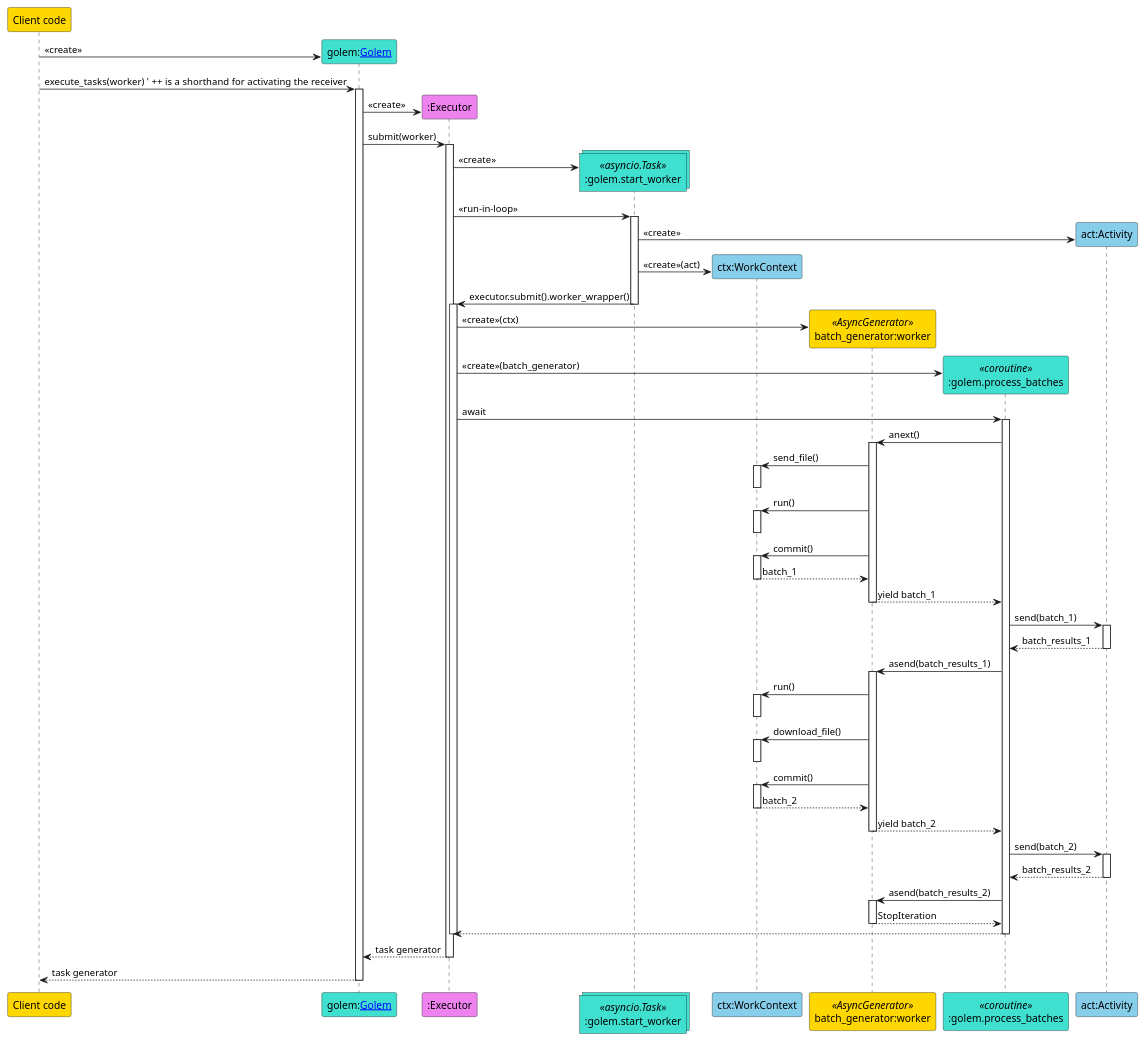
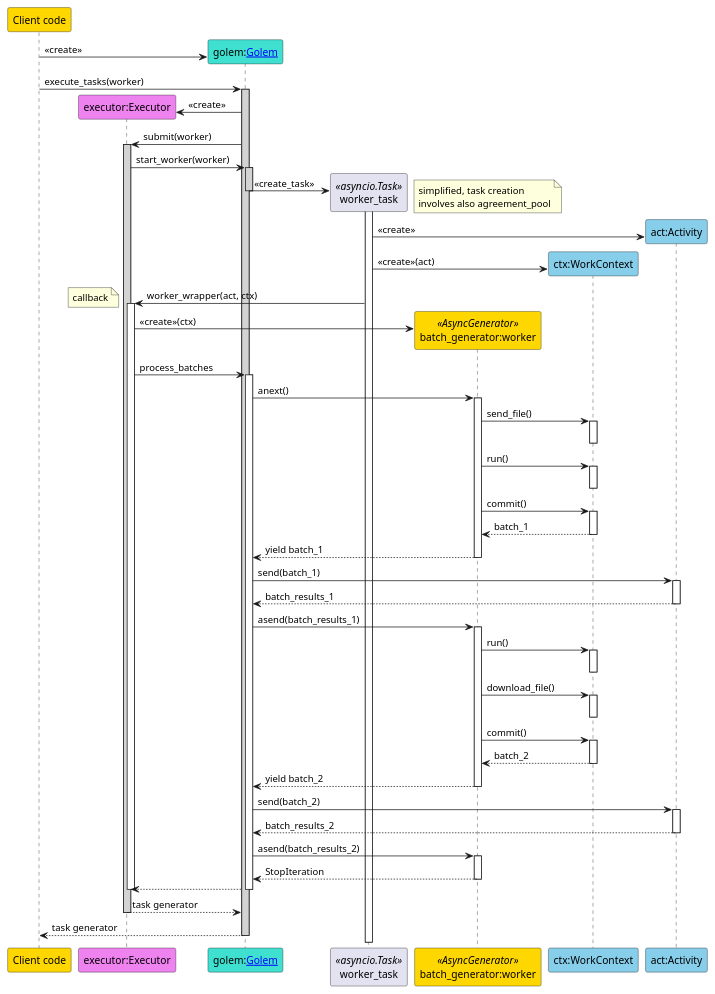
Before and after one commit to golemfactory/yapapi: the diagram in docs/diagrams/execute_tasks.puml, drawn with PlantUML.

Commit message:
[WIP] making sequence diagram for execute_tasks more accurate

```diff
--- a/docs/diagrams/execute_tasks.puml
+++ b/docs/diagrams/execute_tasks.puml
@@ -1,97 +1,99 @@
 @startuml
 participant "Client code" #Gold
+participant "executor:Executor" as executor #Violet
 participant "golem:[[../../yapapi/golem.py Golem]]" as engine #Turquoise
-participant ":Executor" as executor #Violet
-collections ":golem.start_worker" as start_worker <<asyncio.Task>> #Turquoise
+participant worker_task <<asyncio.Task>>
+participant "batch_generator:worker" as batch_generator <<AsyncGenerator>> #Gold
 participant "ctx:WorkContext" as ctx #SkyBlue
-participant "batch_generator:worker" as batch_generator <<AsyncGenerator>> #Gold
-participant ":golem.process_batches" as process_batches <<coroutine>> #Turquoise
 participant "act:Activity" as act #SkyBlue
+
+' collections "worker_wrapper" as start_worker <<asyncio.Task>> #Violet
+' participant ":golem.process_batches" as process_batches <<coroutine>> #Turquoise
 
 create engine
 "Client code" -> engine : <<create>>
-"Client code" -> engine ++ : execute_tasks(worker)  ' ++ is a shorthand for activating the receiver
+"Client code" -> engine ++ #LightGray : execute_tasks(worker)
+' ++ is a shorthand for activating the receiver
 
 create executor
 engine -> executor : <<create>>
-engine -> executor ++ : submit(worker)
+engine -> executor ++ #LightGray: submit(worker)
 
-create start_worker
-executor -> start_worker : <<create>>
-executor -> start_worker ++ : <<run-in-loop>>
+executor -> engine ++ #LightGray: start_worker(worker)
 
-' activate start_worker
+create worker_task
+engine -> worker_task --++ : <<create_task>>
+note right
+  simplified, task creation
+  involves also agreement_pool
+end note
+
 create act
-start_worker -> act : <<create>>
+worker_task -> act : <<create>>
 create ctx
-start_worker -> ctx : <<create>>(act)
+worker_task -> ctx : <<create>>(act)
 
-start_worker -> executor : executor.submit().worker_wrapper()
-deactivate start_worker
-
-activate executor
+'engine -> executor --++ : worker_wrapper(act, ctx)
+worker_task -> executor ++ : worker_wrapper(act, ctx)
+' deactivate engine
+note left: callback
 
 create batch_generator
 executor -> batch_generator : <<create>>(ctx)
 
-create process_batches
-executor -> process_batches : <<create>>(batch_generator)
-executor -> process_batches : await
-
-activate process_batches
+executor -> engine ++ : process_batches
 
 ' batch 1
-process_batches -> batch_generator : anext()
+engine -> batch_generator : anext()
 activate batch_generator
 batch_generator -> ctx : send_file()
 activate ctx
 deactivate ctx
 batch_generator -> ctx : run()
 activate ctx
 deactivate ctx
 batch_generator -> ctx : commit()
 activate ctx
 return batch_1
 return yield batch_1
 
-process_batches -> act : send(batch_1)
+engine -> act : send(batch_1)
 activate act
 return batch_results_1
 
 ' batch 2
-process_batches -> batch_generator : asend(batch_results_1)
+engine -> batch_generator : asend(batch_results_1)
 
 activate batch_generator
 batch_generator -> ctx : run()
 activate ctx
 deactivate ctx
 batch_generator -> ctx : download_file()
 activate ctx
 deactivate ctx
 batch_generator -> ctx: commit()
 activate ctx
 return batch_2
 return yield batch_2
 
-process_batches -> act : send(batch_2)
+engine -> act : send(batch_2)
 activate act
 return batch_results_2
 
 ' ... more batches processed ...
 
 ' last batch processed
-process_batches -> batch_generator : asend(batch_results_2)
+engine -> batch_generator : asend(batch_results_2)
 activate batch_generator
 return StopIteration
 
-executor <-- process_batches
-deactivate process_batches
+return
 
 deactivate executor
 engine <-- executor : task generator
 deactivate executor
 
 "Client code" <-- engine: task generator
 deactivate engine
 
 @enduml
```
